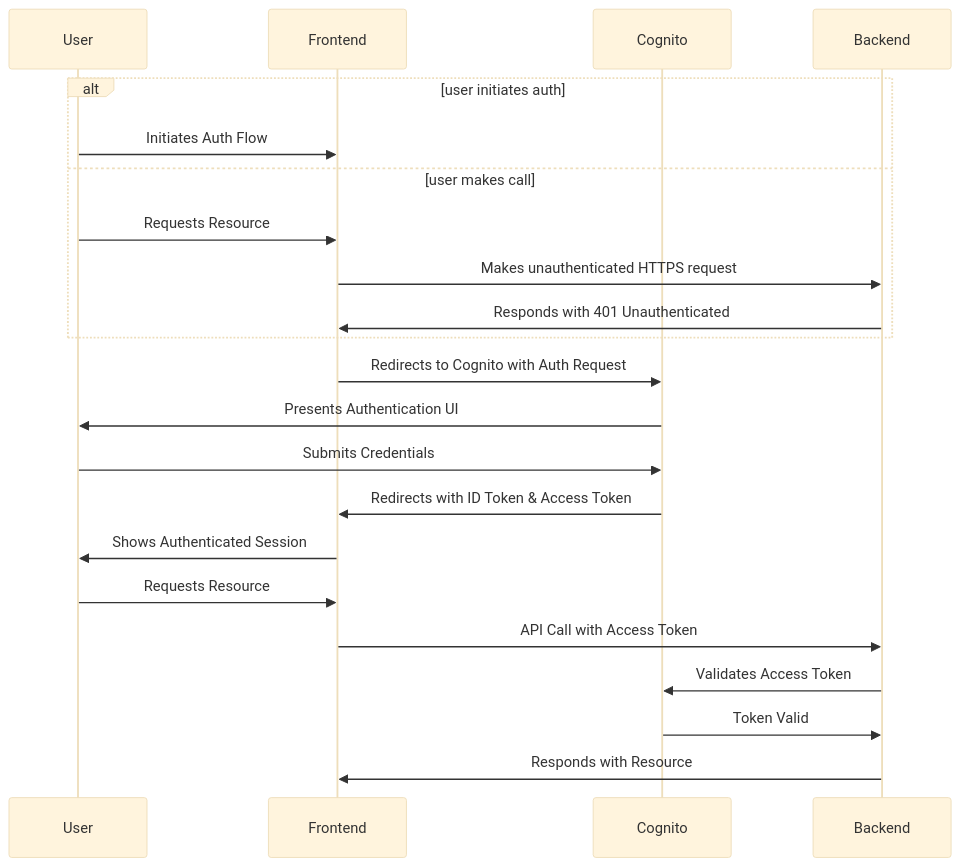
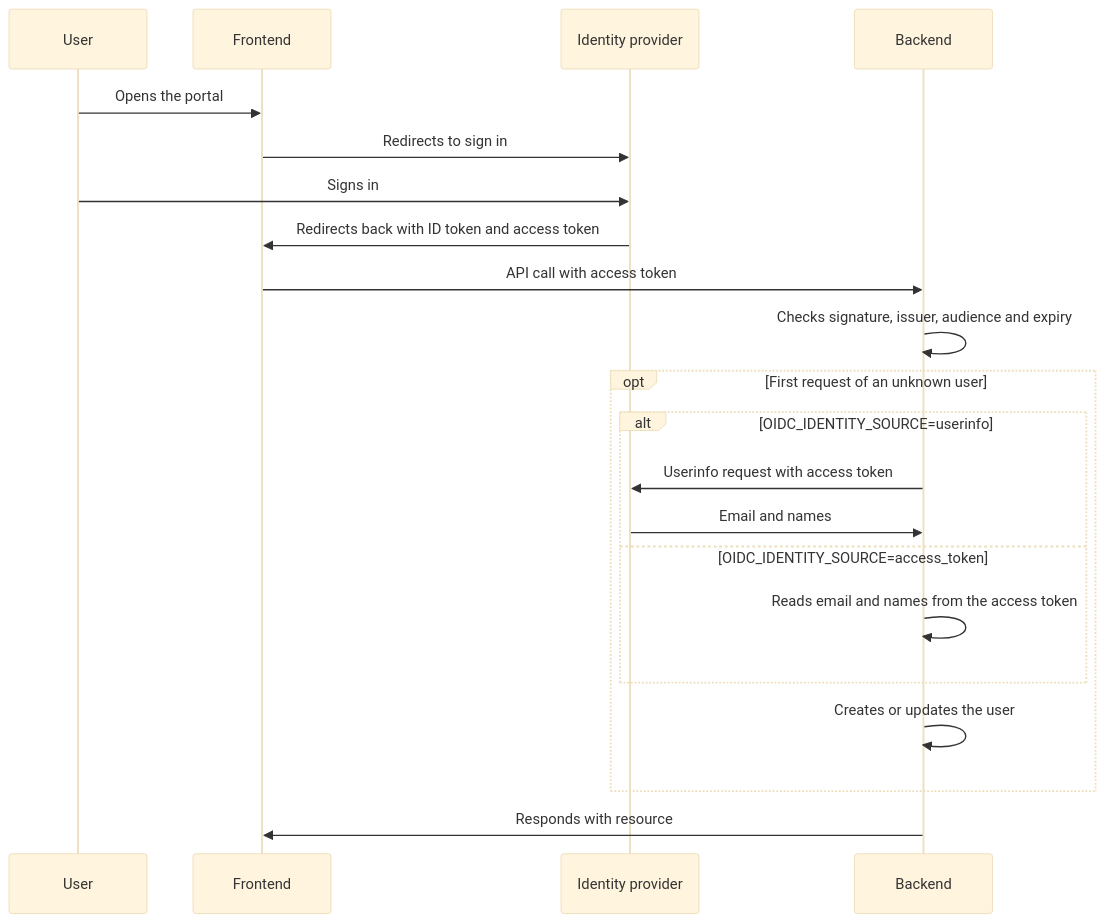
Before and after one commit to conveyordata/data-product-portal: the first of 2 diagrams in docs/docs/developer-guide/authentication.md, drawn with Mermaid (base theme). The commit also changed other lines of this file, not shown here.

First line of the commit message:
Make the authentication docs provider-neutral

````diff
--- a/docs/docs/developer-guide/authentication.md
+++ b/docs/docs/developer-guide/authentication.md
@@ -14,25 +17,24 @@
 ``` mermaid
 sequenceDiagram
     participant User
     participant Frontend
-    participant Cognito
+    participant Provider as Identity provider
     participant Backend
-    alt user initiates auth
-      User->>Frontend: Initiates Auth Flow
-    else user makes call
-     User->>Frontend:  Requests Resource
-     Frontend->>Backend: Makes unauthenticated HTTPS request
-     Backend->>Frontend: Responds with 401 Unauthenticated
+
+    User->>Frontend: Opens the portal
+    Frontend->>Provider: Redirects to sign in
+    User->>Provider: Signs in
+    Provider->>Frontend: Redirects back with ID token and access token
+    Frontend->>Backend: API call with access token
+    Backend->>Backend: Checks signature, issuer, audience and expiry
+    opt First request of an unknown user
+        alt OIDC_IDENTITY_SOURCE=userinfo
+            Backend->>Provider: Userinfo request with access token
+            Provider->>Backend: Email and names
+        else OIDC_IDENTITY_SOURCE=access_token
+            Backend->>Backend: Reads email and names from the access token
+        end
+        Backend->>Backend: Creates or updates the user
     end
-
-    Frontend->>Cognito: Redirects to Cognito with Auth Request
-    Cognito->>User: Presents Authentication UI
-    User->>Cognito: Submits Credentials
-    Cognito->>Frontend: Redirects with ID Token & Access Token
-    Frontend->>User: Shows Authenticated Session
-    User->>Frontend: Requests Resource
-    Frontend->>Backend: API Call with Access Token
-    Backend->>Cognito: Validates Access Token
-    Cognito->>Backend: Token Valid
-    Backend->>Frontend: Responds with Resource
+    Backend->>Frontend: Responds with resource
 ```
````
